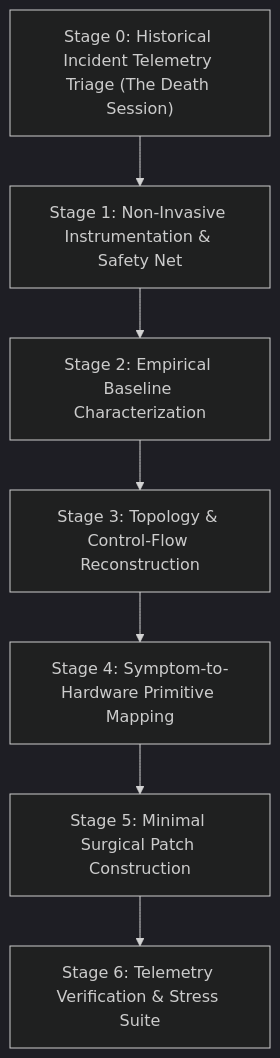
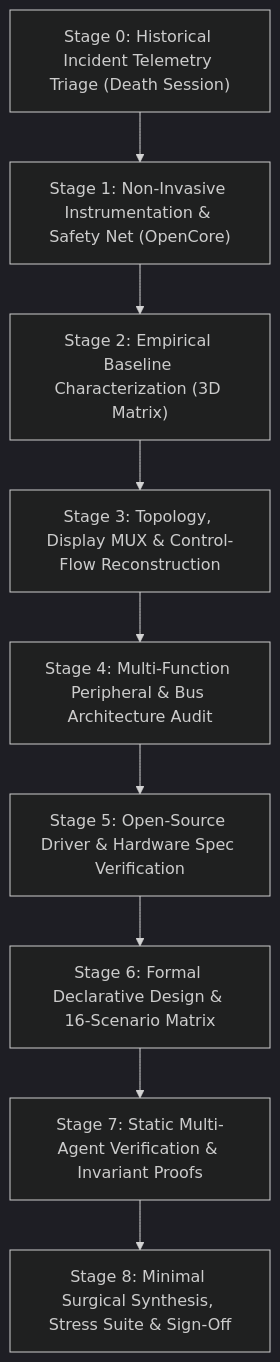
One commit to datacompboy/xmg_deep_sleep changed the first of 3 diagrams in retro/Learnings.md. Above: the diagram before and after it, drawn with Mermaid (dark theme). The commit also changed other lines of this file and 2 other files, not shown here.

````diff
--- a/retro/Learnings.md
+++ b/retro/Learnings.md
@@ -42,9 +72,11 @@
 ```mermaid
 graph TD
-    S0["Stage 0: Historical Incident Telemetry Triage (The Death Session)"] --> A["Stage 1: Non-Invasive Instrumentation & Safety Net"]
-    A --> B["Stage 2: Empirical Baseline Characterization"]
-    B --> C["Stage 3: Topology & Control-Flow Reconstruction"]
-    C --> D["Stage 4: Symptom-to-Hardware Primitive Mapping"]
-    D --> E["Stage 5: Minimal Surgical Patch Construction"]
-    E --> F["Stage 6: Telemetry Verification & Stress Suite"]
+    S0["Stage 0: Historical Incident Telemetry Triage (Death Session)"] --> S1["Stage 1: Non-Invasive Instrumentation & Safety Net (OpenCore)"]
+    S1 --> S2["Stage 2: Empirical Baseline Characterization (3D Matrix)"]
+    S2 --> S3["Stage 3: Topology, Display MUX & Control-Flow Reconstruction"]
+    S3 --> S4["Stage 4: Multi-Function Peripheral & Bus Architecture Audit"]
+    S4 --> S5["Stage 5: Open-Source Driver & Hardware Spec Verification"]
+    S5 --> S6["Stage 6: Formal Declarative Design & 16-Scenario Matrix"]
+    S6 --> S7["Stage 7: Static Multi-Agent Verification & Invariant Proofs"]
+    S7 --> S8["Stage 8: Minimal Surgical Synthesis, Stress Suite & Sign-Off"]
 ```
````
